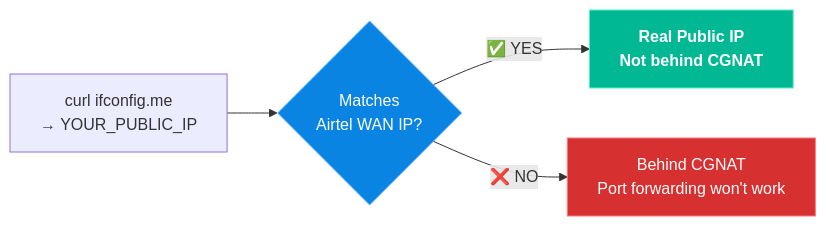
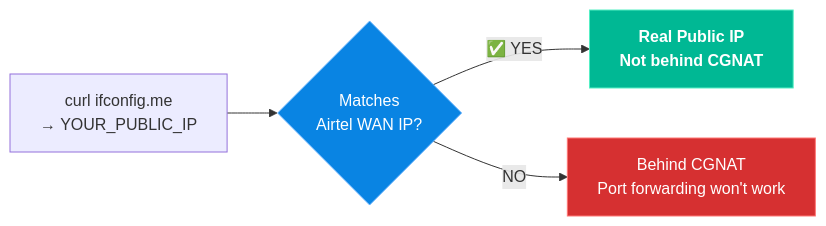
Before and after one commit to ull0sm/pfsense-config-notes: the first of 3 diagrams in docs/02-the-isp-wall.md, drawn with Mermaid. The commit also changed other lines of this file and 3 other files, not shown here.

````diff
--- a/docs/02-the-isp-wall.md
+++ b/docs/02-the-isp-wall.md
@@ -22,10 +22,10 @@
 ```mermaid
 flowchart LR
     A["curl ifconfig.me\n→ YOUR_PUBLIC_IP"] --> CHECK{"Matches\nAirtel WAN IP?"}
     CHECK -->|"✅ YES"| GOOD["Real Public IP\nNot behind CGNAT"]
-    CHECK -->|"❌ NO"| BAD["Behind CGNAT\nPort forwarding won't work"]
+    CHECK -->|"NO"| BAD["Behind CGNAT\nPort forwarding won't work"]
 
     style GOOD fill:#00b894,stroke:#55efc4,color:#fff,font-weight:bold
     style BAD fill:#d63031,stroke:#ff7675,color:#fff
     style CHECK fill:#0984e3,stroke:#74b9ff,color:#fff
 ```
````
